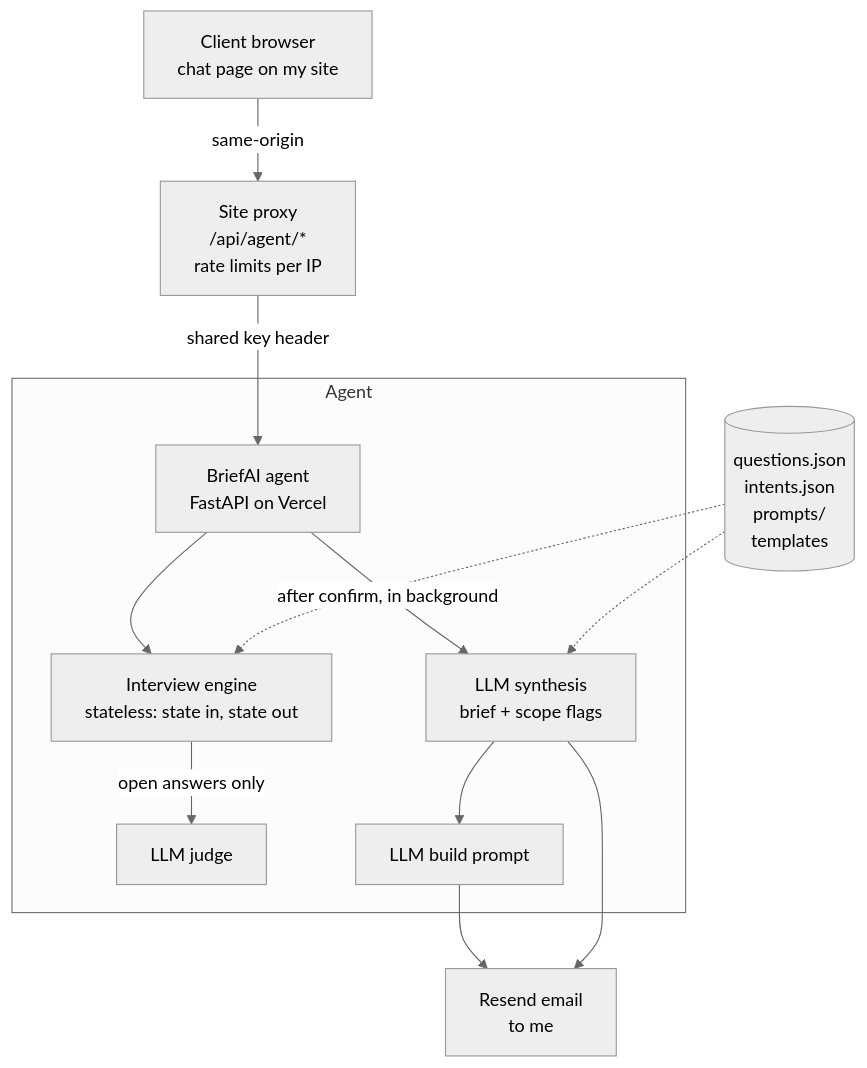
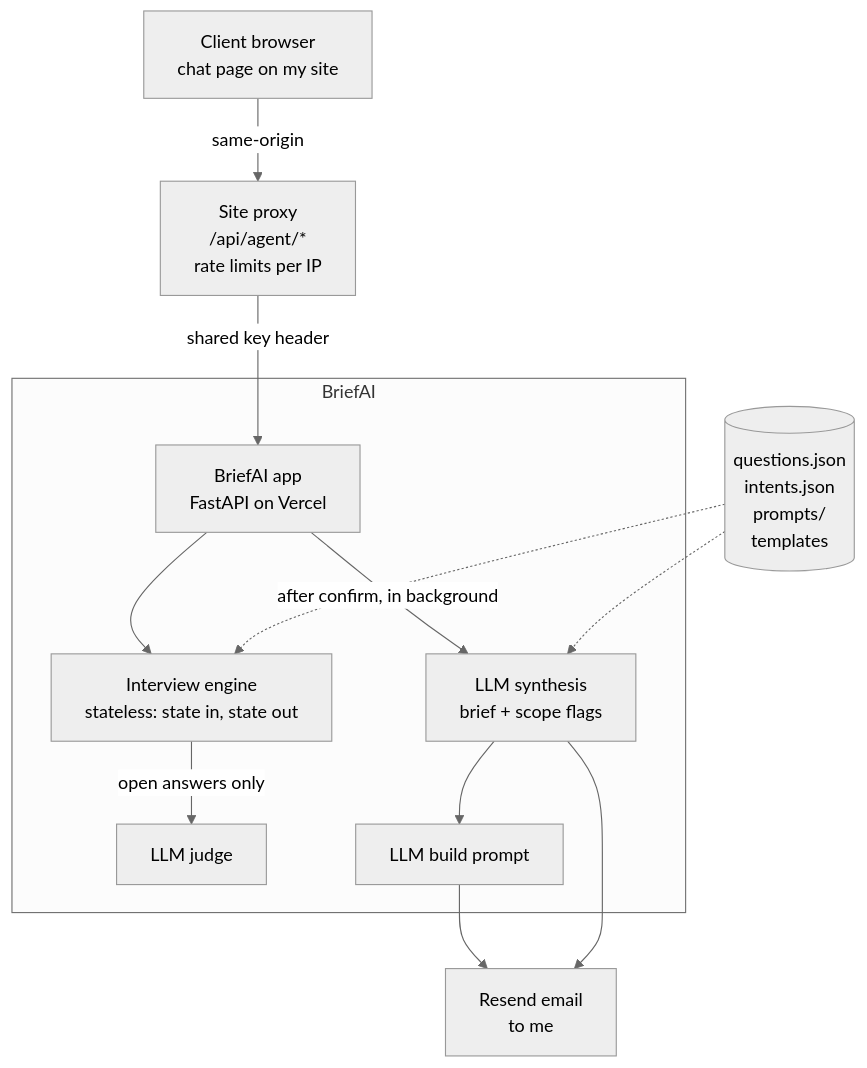
The diagram in README.md (jasminargaman-commits/briefai-interview-agent), drawn with Mermaid (neutral theme) before and after one commit. The commit also changed other lines of this file and 6 other files, not shown here.

Commit message:
Describe BriefAI as an LLM workflow, not an agent

````diff
--- a/README.md
+++ b/README.md
@@ -74,17 +75,17 @@
 ```mermaid
 flowchart TD
     C[Client browser<br/>chat page on my site] -->|same-origin| P[Site proxy<br/>/api/agent/*<br/>rate limits per IP]
-    P -->|shared key header| A[BriefAI agent<br/>FastAPI on Vercel]
+    P -->|shared key header| A[BriefAI app<br/>FastAPI on Vercel]
 
-    subgraph Agent
+    subgraph BriefAI
         A --> E[Interview engine<br/>stateless: state in, state out]
         E -->|open answers only| J[LLM judge]
         A -->|after confirm, in background| S[LLM synthesis<br/>brief + scope flags]
         S --> B[LLM build prompt]
     end
 
     CFG[(questions.json<br/>intents.json<br/>prompts/<br/>templates)] -.-> E
     CFG -.-> S
     B --> M[Resend email<br/>to me]
     S --> M
 ```
````
